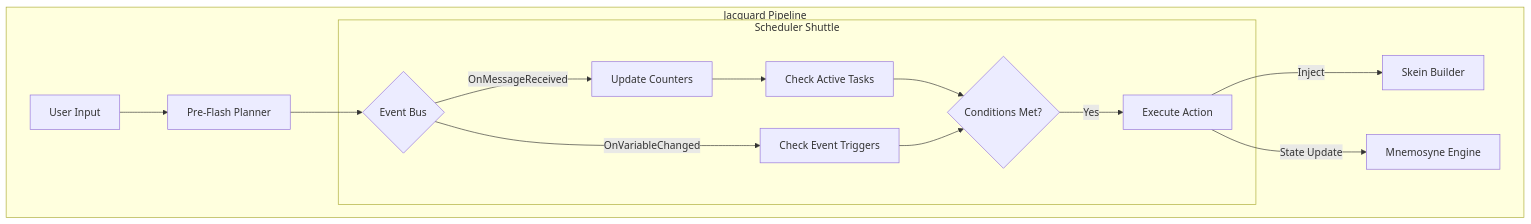
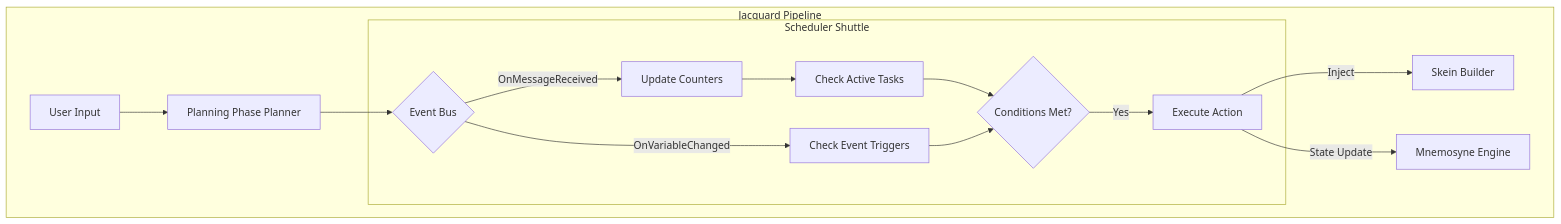
The diagram in 00_active_specs/jacquard/scheduler-component.md (Abgetrennter/Clotho-Design), drawn with Mermaid before and after one commit. The commit also changed 8 other files, not shown here.

Commit message:
docs: 统一术语命名 (Pre-Flash/Post-Flash → Planning Phase/Consolidation Phase)

````diff
--- a/00_active_specs/jacquard/scheduler-component.md
+++ b/00_active_specs/jacquard/scheduler-component.md
@@ -29,19 +29,19 @@
 ```mermaid
 graph TD
     subgraph "Jacquard Pipeline"
-        Input[User Input] --> PreFlash[Pre-Flash Planner]
-        PreFlash --> EventBus{Event Bus}
+        Input[User Input] --> Planner[Planning Phase Planner]
+        Planner --> EventBus{Event Bus}
         
         subgraph "Scheduler Shuttle"
             EventBus -- "OnMessageReceived" --> CounterUpdate[Update Counters]
             CounterUpdate --> TaskCheck[Check Active Tasks]
             EventBus -- "OnVariableChanged" --> EventCheck[Check Event Triggers]
             
             TaskCheck & EventCheck --> Condition{Conditions Met?}
             Condition -- Yes --> Execute[Execute Action]
         end
         
         Execute -- "Inject" --> Skein[Skein Builder]
         Execute -- "State Update" --> Mnemosyne[Mnemosyne Engine]
     end
 ```
````
